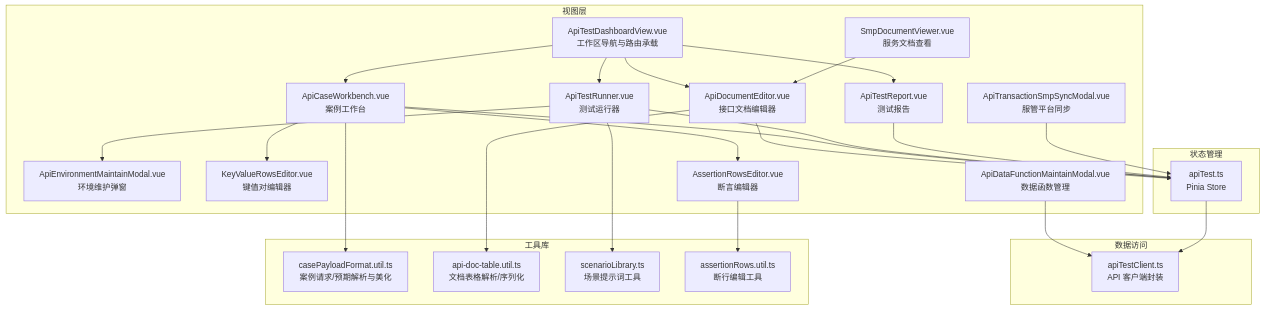
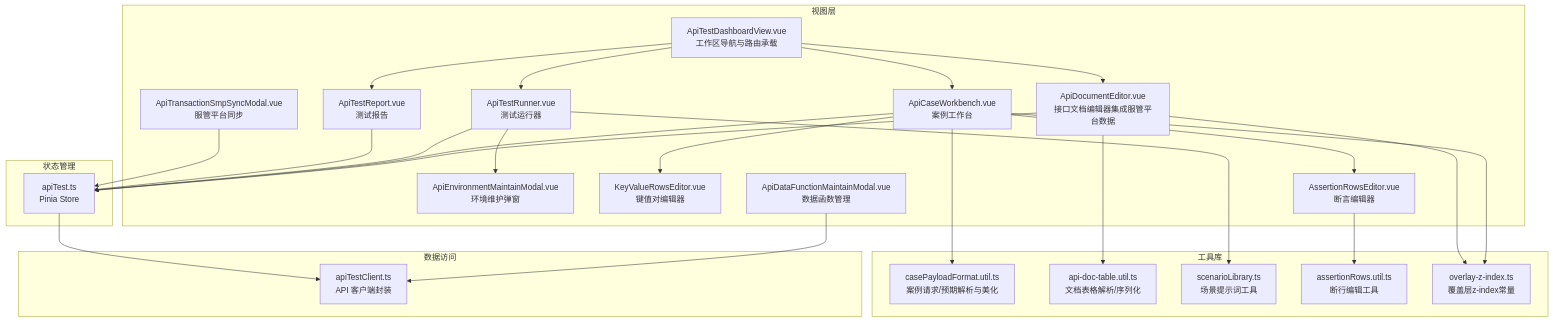
One commit to Lichhu/caseForge changed the first of 11 diagrams in .qoder/repowiki/zh/content/前端开发/组件系统/API 测试组件.md. Above: the diagram before and after it, drawn with Mermaid. The commit also changed other lines of this file and 8 other files, not shown here.

````diff
--- a/.qoder/repowiki/zh/content/前端开发/组件系统/API 测试组件.md
+++ b/.qoder/repowiki/zh/content/前端开发/组件系统/API 测试组件.md
@@ -56,47 +57,48 @@
 ```mermaid
 graph TB
 subgraph "视图层"
 A["ApiTestDashboardView.vue<br/>工作区导航与路由承载"]
-B["ApiDocumentEditor.vue<br/>接口文档编辑器"]
+B["ApiDocumentEditor.vue<br/>接口文档编辑器集成服管平台数据"]
 C["ApiCaseWorkbench.vue<br/>案例工作台"]
 D["ApiTestRunner.vue<br/>测试运行器"]
 E["ApiTestReport.vue<br/>测试报告"]
 F["ApiEnvironmentMaintainModal.vue<br/>环境维护弹窗"]
 G["KeyValueRowsEditor.vue<br/>键值对编辑器"]
 H["ApiTransactionSmpSyncModal.vue<br/>服管平台同步"]
 I["ApiDataFunctionMaintainModal.vue<br/>数据函数管理"]
-J["SmpDocumentViewer.vue<br/>服务文档查看"]
 K["AssertionRowsEditor.vue<br/>断言编辑器"]
 end
 subgraph "状态管理"
 S["apiTest.ts<br/>Pinia Store"]
 end
 subgraph "数据访问"
 L["apiTestClient.ts<br/>API 客户端封装"]
 end
 subgraph "工具库"
 U1["casePayloadFormat.util.ts<br/>案例请求/预期解析与美化"]
 U2["api-doc-table.util.ts<br/>文档表格解析/序列化"]
 U3["scenarioLibrary.ts<br/>场景提示词工具"]
 U4["assertionRows.util.ts<br/>断行编辑工具"]
+U5["overlay-z-index.ts<br/>覆盖层z-index常量"]
 end
 A --> B
 A --> C
 A --> D
 A --> E
 C --> G
 C --> K
 D --> F
 B --> S
 C --> S
 D --> S
 E --> S
 H --> S
 I --> L
-J --> B
 S --> L
 C --> U1
 B --> U2
 D --> U3
 K --> U4
+C --> U5
+B --> U5
 ```
````
